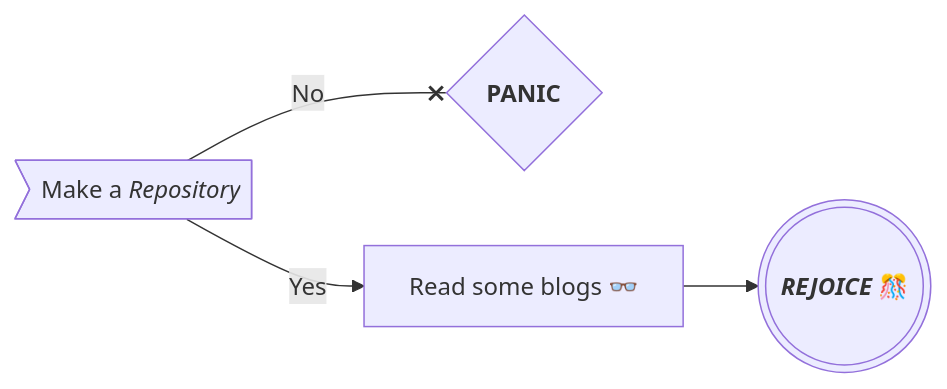
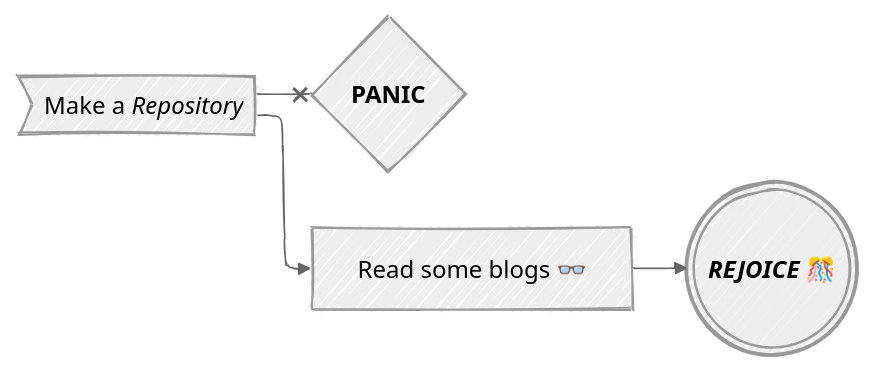
The diagram in README.md (ADMBSL/Alison), drawn with Mermaid before and after one commit.

````diff
--- a/README.md
+++ b/README.md
@@ -20,6 +20,12 @@
 ```mermaid
+---
+config:
+  layout: elk
+  look: handDrawn
+  theme: neutral
+---
 flowchart LR;
-    A>"`Make a _Repository_`"] -- No --xB{"`**PANIC**`"};
-    A -- Yes -->C["`Read  some blogs 👓`"];
+    A>"`Make a _Repository_`"]--xB{"`**PANIC**`"};
+    A-->C["`Read  some blogs 👓`"];
     C -->D((("`**_REJOICE_** 🎊`")));
 ```
````
